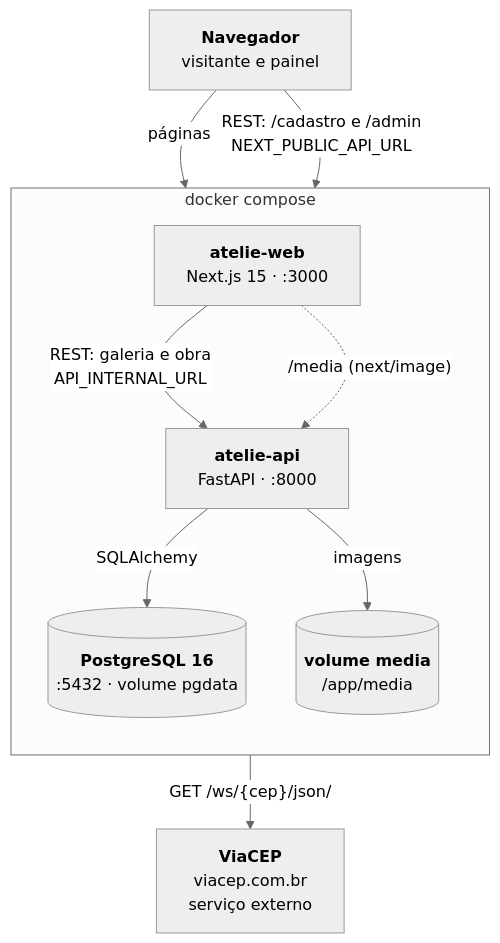
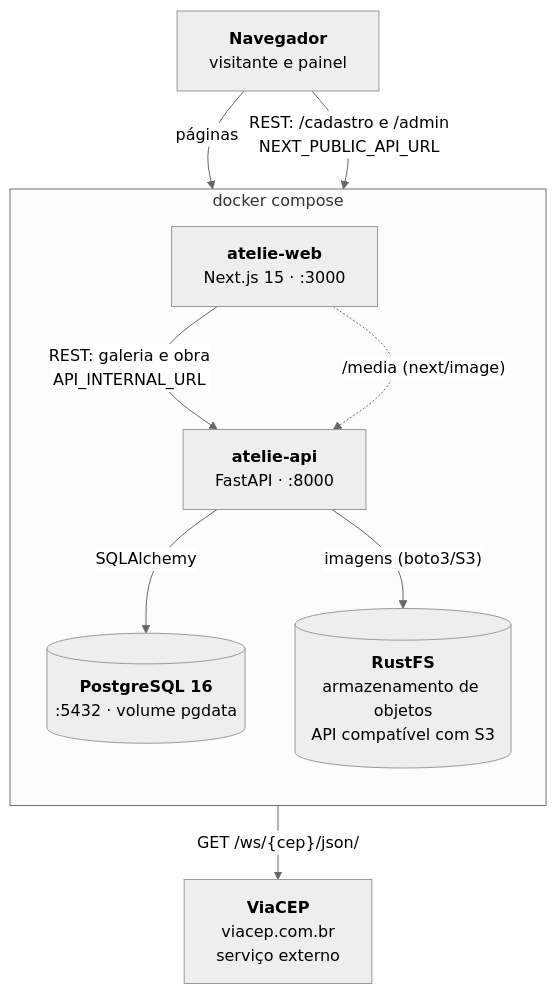
One commit to ttozatto/atelie-web changed the diagram in docs/arquitetura.mmd. Above: the diagram before and after it, drawn with Mermaid. The commit also changed 4 other files, not shown here.

First line of the commit message:
feat: servico de armazenamento de objetos no compose

```diff
--- a/docs/arquitetura.mmd
+++ b/docs/arquitetura.mmd
@@ -1,21 +1,21 @@
 %%{init: {"theme": "neutral", "flowchart": {"curve": "basis", "padding": 16}}}%%
 flowchart TB
     browser["<b>Navegador</b><br/>visitante e painel"]
 
     subgraph compose["docker compose"]
         direction TB
         web["<b>atelie-web</b><br/>Next.js 15 · :3000"]
         api["<b>atelie-api</b><br/>FastAPI · :8000"]
         db[("<b>PostgreSQL 16</b><br/>:5432 · volume pgdata")]
-        media[("<b>volume media</b><br/>/app/media")]
+        storage[("<b>RustFS</b><br/>armazenamento de objetos<br/>API compatível com S3")]
     end
 
     viacep["<b>ViaCEP</b><br/>viacep.com.br<br/>serviço externo"]
 
     browser -- "páginas" --> web
     browser -- "REST: /cadastro e /admin<br/>NEXT_PUBLIC_API_URL" --> api
     web -- "REST: galeria e obra<br/>API_INTERNAL_URL" --> api
     web -. "/media (next/image)" .-> api
     api -- "SQLAlchemy" --> db
-    api -- "imagens" --> media
+    api -- "imagens (boto3/S3)" --> storage
     api -- "GET /ws/{cep}/json/" --> viacep
```
